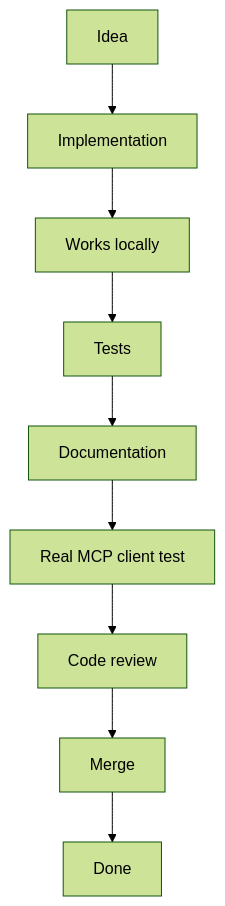
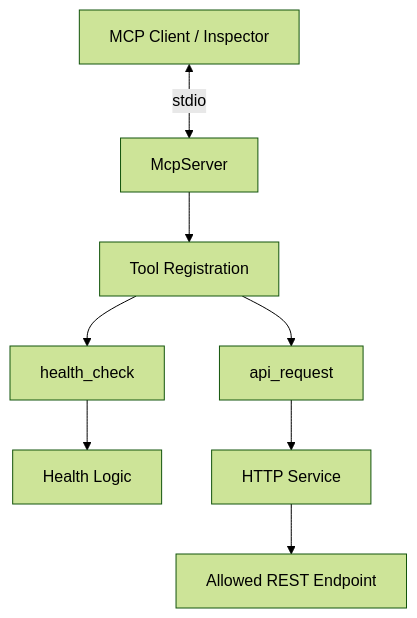
Before and after one commit to Hosafatto/mcps-4-all: the diagram in Contexto.MD, drawn with Mermaid (forest theme). The commit also changed other lines of this file and 7 other files, not shown here.

Commit message:
feat(mcp): implement API request tool with integration tests

````diff
--- a/Contexto.MD
+++ b/Contexto.MD
@@ -572,11 +59,10 @@
-``` mermaid
+```mermaid
 flowchart TD
-    A["Idea"] --> B["Implementation"]
-    B --> C["Works locally"]
-    C --> D["Tests"]
-    D --> E["Documentation"]
-    E --> F["Real MCP client test"]
-    F --> G["Code review"]
-    G --> H["Merge"]
-    H --> I["Done"]
+    A["MCP Client / Inspector"] <-->|"stdio"| B["McpServer"]
+    B --> C["Tool Registration"]
+    C --> D["health_check"]
+    C --> E["api_request"]
+    D --> F["Health Logic"]
+    E --> G["HTTP Service"]
+    G --> H["Allowed REST Endpoint"]
 ```
````
